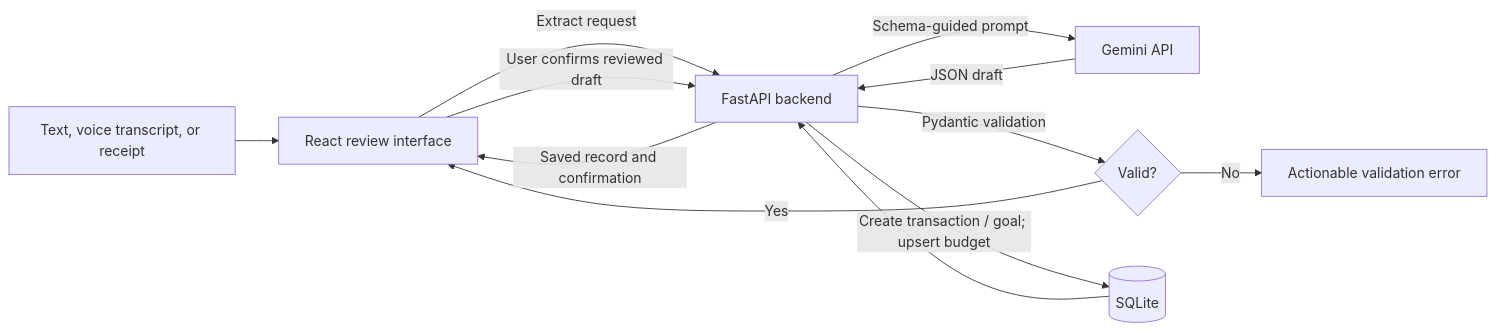
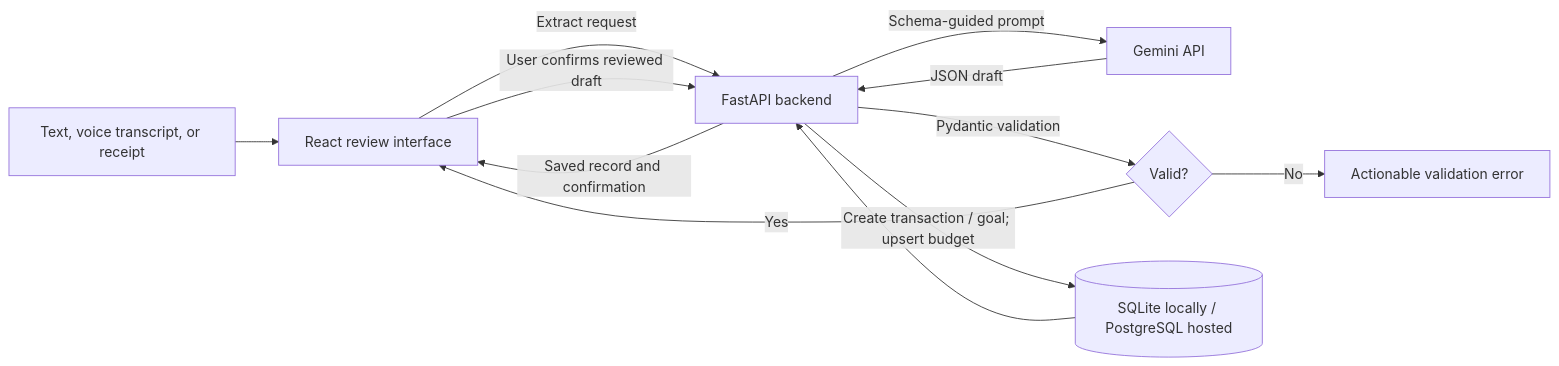
One commit to basheer787/-FinPilot-Personal-Finance-Intelligence changed the diagram in REPORT.md. Above: the diagram before and after it, drawn with Mermaid. The commit also changed other lines of this file and 4 other files, not shown here.

Commit message:
Add PostgreSQL backend support for Vercel hosting

````diff
--- a/REPORT.md
+++ b/REPORT.md
@@ -14,14 +14,14 @@
 ```mermaid
 flowchart LR
   U[Text, voice transcript, or receipt] --> F[React review interface]
   F -->|Extract request| A[FastAPI backend]
   A -->|Schema-guided prompt| G[Gemini API]
   G -->|JSON draft| A
   A -->|Pydantic validation| V{Valid?}
   V -->|No| E[Actionable validation error]
   V -->|Yes| F
   F -->|User confirms reviewed draft| A
-  A -->|Create transaction / goal; upsert budget| D[(SQLite)]
+  A -->|Create transaction / goal; upsert budget| D[(SQLite locally / PostgreSQL hosted)]
   D --> A
   A -->|Saved record and confirmation| F
 ```
````
